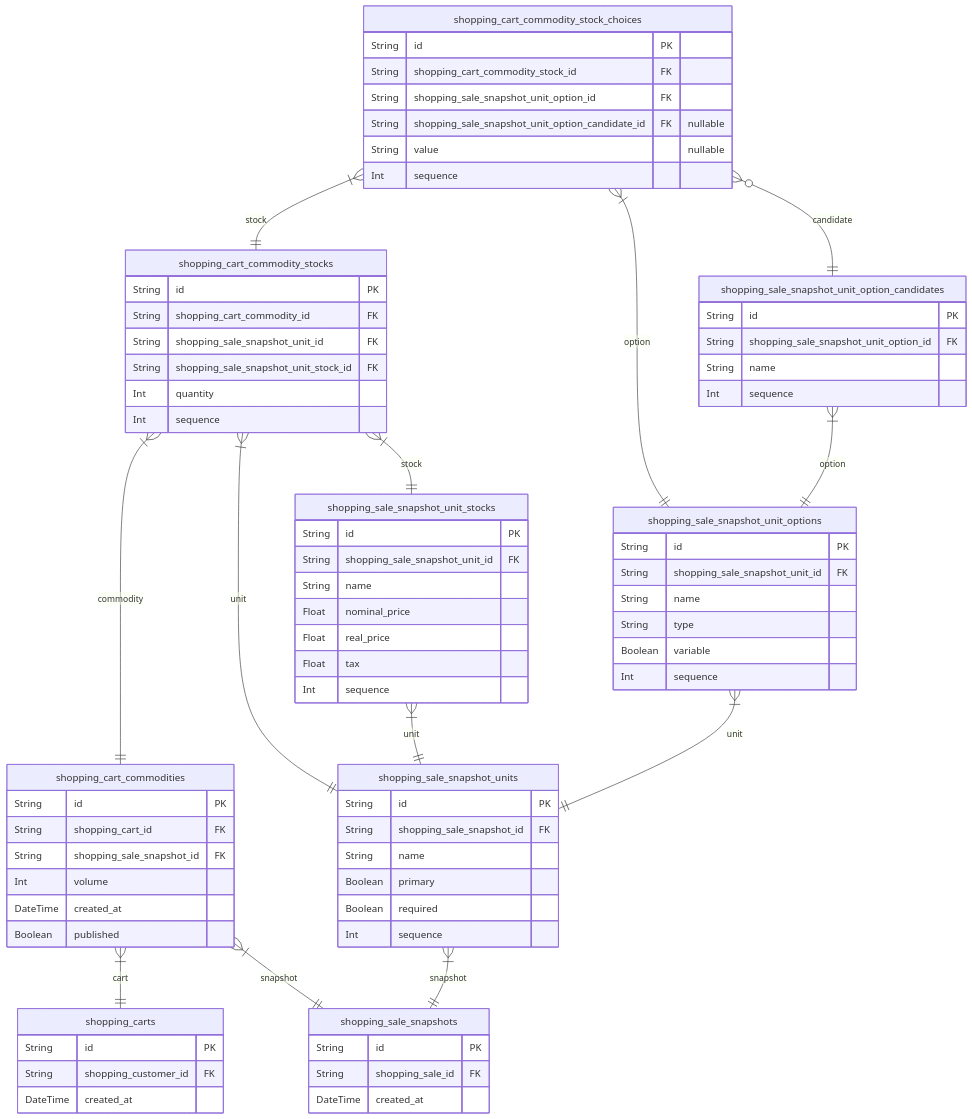
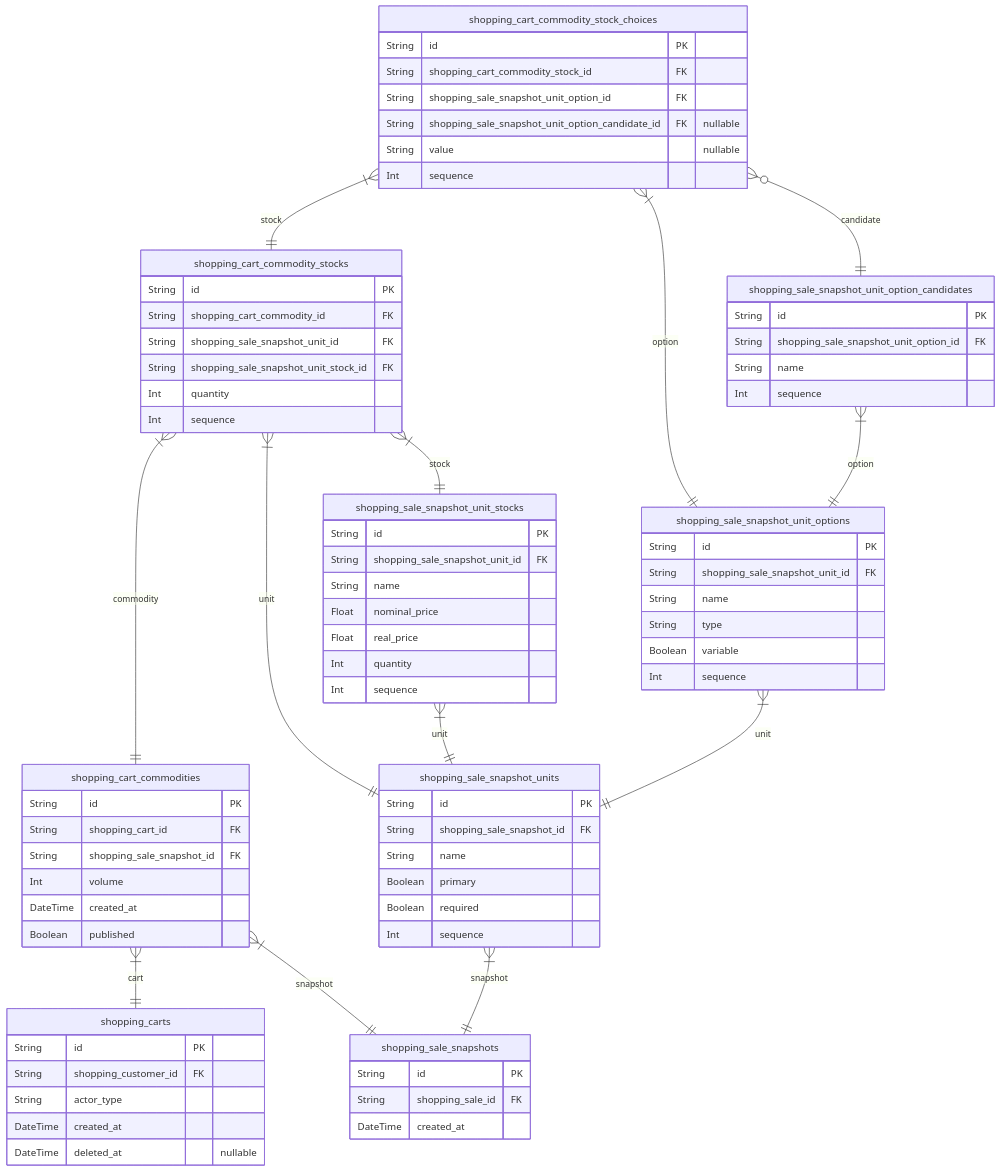
One commit to samchon/shopping-backend changed the sixth of 10 diagrams in docs/ERD.md. Above: the diagram before and after it, drawn with Mermaid. The commit also changed other lines of this file and 27 other files, not shown here.

First line of the commit message:
Revise ERD and starts writing descriptions on DTO.

````diff
--- a/docs/ERD.md
+++ b/docs/ERD.md
@@ -1125,80 +1286,82 @@
 ```mermaid
 erDiagram
-shopping_carts {
+"shopping_carts" {
     String id PK
     String shopping_customer_id FK
+    String actor_type
     DateTime created_at
+    DateTime deleted_at "nullable"
 }
-shopping_cart_commodities {
+"shopping_cart_commodities" {
     String id PK
     String shopping_cart_id FK
     String shopping_sale_snapshot_id FK
     Int volume
     DateTime created_at
     Boolean published
 }
-shopping_cart_commodity_stocks {
+"shopping_cart_commodity_stocks" {
     String id PK
     String shopping_cart_commodity_id FK
     String shopping_sale_snapshot_unit_id FK
     String shopping_sale_snapshot_unit_stock_id FK
     Int quantity
     Int sequence
 }
-shopping_cart_commodity_stock_choices {
+"shopping_cart_commodity_stock_choices" {
     String id PK
     String shopping_cart_commodity_stock_id FK
     String shopping_sale_snapshot_unit_option_id FK
     String shopping_sale_snapshot_unit_option_candidate_id FK "nullable"
     String value "nullable"
     Int sequence
 }
-shopping_sale_snapshots {
+"shopping_sale_snapshots" {
     String id PK
     String shopping_sale_id FK
     DateTime created_at
 }
-shopping_sale_snapshot_units {
+"shopping_sale_snapshot_units" {
     String id PK
     String shopping_sale_snapshot_id FK
     String name
     Boolean primary
     Boolean required
     Int sequence
 }
-shopping_sale_snapshot_unit_options {
+"shopping_sale_snapshot_unit_options" {
     String id PK
     String shopping_sale_snapshot_unit_id FK
     String name
     String type
     Boolean variable
     Int sequence
 }
-shopping_sale_snapshot_unit_option_candidates {
+"shopping_sale_snapshot_unit_option_candidates" {
     String id PK
     String shopping_sale_snapshot_unit_option_id FK
     String name
     Int sequence
 }
-shopping_sale_snapshot_unit_stocks {
+"shopping_sale_snapshot_unit_stocks" {
     String id PK
     String shopping_sale_snapshot_unit_id FK
     String name
     Float nominal_price
     Float real_price
-    Float tax
+    Int quantity
     Int sequence
 }
-shopping_cart_commodities }|--|| shopping_carts : cart
-shopping_cart_commodities }|--|| shopping_sale_snapshots : snapshot
-shopping_cart_commodity_stocks }|--|| shopping_cart_commodities : commodity
-shopping_cart_commodity_stocks }|--|| shopping_sale_snapshot_units : unit
-shopping_cart_commodity_stocks }|--|| shopping_sale_snapshot_unit_stocks : stock
-shopping_cart_commodity_stock_choices }|--|| shopping_cart_commodity_stocks : stock
-shopping_cart_commodity_stock_choices }|--|| shopping_sale_snapshot_unit_options : option
-shopping_cart_commodity_stock_choices }o--|| shopping_sale_snapshot_unit_option_candidates : candidate
-shopping_sale_snapshot_units }|--|| shopping_sale_snapshots : snapshot
-shopping_sale_snapshot_unit_options }|--|| shopping_sale_snapshot_units : unit
-shopping_sale_snapshot_unit_option_candidates }|--|| shopping_sale_snapshot_unit_options : option
-shopping_sale_snapshot_unit_stocks }|--|| shopping_sale_snapshot_units : unit
+"shopping_cart_commodities" }|--|| "shopping_carts" : cart
+"shopping_cart_commodities" }|--|| "shopping_sale_snapshots" : snapshot
+"shopping_cart_commodity_stocks" }|--|| "shopping_cart_commodities" : commodity
+"shopping_cart_commodity_stocks" }|--|| "shopping_sale_snapshot_units" : unit
+"shopping_cart_commodity_stocks" }|--|| "shopping_sale_snapshot_unit_stocks" : stock
+"shopping_cart_commodity_stock_choices" }|--|| "shopping_cart_commodity_stocks" : stock
+"shopping_cart_commodity_stock_choices" }|--|| "shopping_sale_snapshot_unit_options" : option
+"shopping_cart_commodity_stock_choices" }o--|| "shopping_sale_snapshot_unit_option_candidates" : candidate
+"shopping_sale_snapshot_units" }|--|| "shopping_sale_snapshots" : snapshot
+"shopping_sale_snapshot_unit_options" }|--|| "shopping_sale_snapshot_units" : unit
+"shopping_sale_snapshot_unit_option_candidates" }|--|| "shopping_sale_snapshot_unit_options" : option
+"shopping_sale_snapshot_unit_stocks" }|--|| "shopping_sale_snapshot_units" : unit
 ```
````
